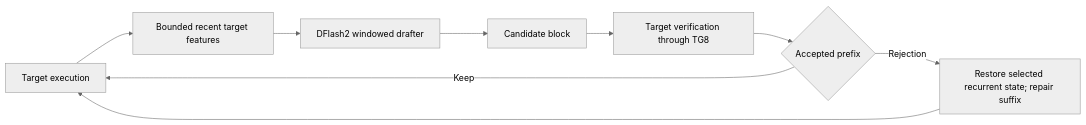
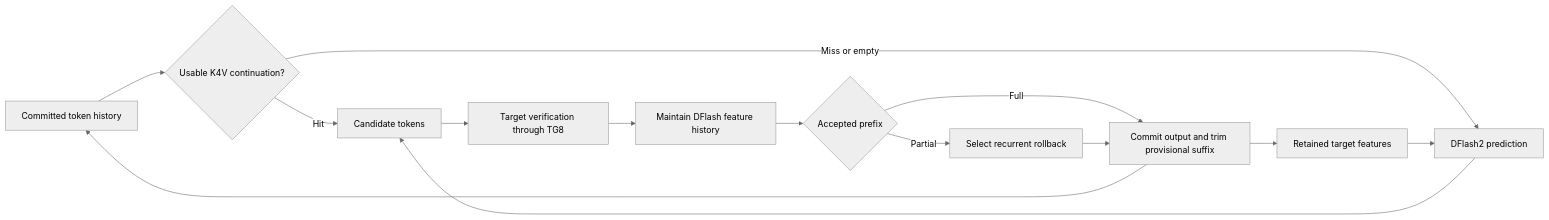
One commit to RaymondHuang210129/llama.cpp-adaptive-kv-streaming changed the seventh of 9 diagrams in README.md. Above: the diagram before and after it, drawn with Mermaid (neutral theme). The commit also changed other lines of this file and 7 other files, not shown here.

````diff
--- a/README.md
+++ b/README.md
@@ -548,11 +572,16 @@
 ```mermaid
 flowchart LR
-    T["Target execution"] --> F["Bounded recent target features"]
-    F --> D["DFlash2 windowed drafter"]
-    D --> B["Candidate block"]
+    H["Committed token history"] --> K{"Usable K4V continuation?"}
+    K -->|Hit| B["Candidate tokens"]
+    K -->|Miss or empty| D["DFlash2 prediction"]
+    F["Retained target features"] --> D
+    D --> B
     B --> V["Target verification through TG8"]
-    V --> A{"Accepted prefix"}
-    A -->|Keep| T
-    A -->|Rejection| R["Restore selected recurrent state; repair suffix"]
-    R --> T
+    V --> I["Maintain DFlash feature history"]
+    I --> A{"Accepted prefix"}
+    A -->|Full| C["Commit output and trim provisional suffix"]
+    A -->|Partial| R["Select recurrent rollback"]
+    R --> C
+    C --> H
+    C --> F
 ```
````
